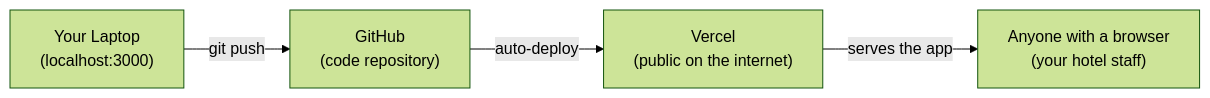
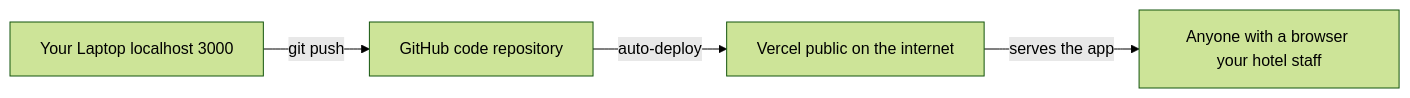
The first of 8 diagrams in learning/06-vercel.md (wongjinar-ai/expample), drawn with Mermaid (forest theme) before and after one commit. The commit also changed other lines of this file and 16 other files, not shown here.

````diff
--- a/learning/06-vercel.md
+++ b/learning/06-vercel.md
@@ -9,11 +9,11 @@
 ```mermaid
-graph LR
-    Local["Your Laptop\n(localhost:3000)"]
-    GitHub["GitHub\n(code repository)"]
-    Vercel["Vercel\n(public on the internet)"]
-    Users["Anyone with a browser\n(your hotel staff)"]
+flowchart LR
+    Local[Your Laptop localhost 3000]
+    GitHub[GitHub code repository]
+    Vercel[Vercel public on the internet]
+    Users[Anyone with a browser your hotel staff]
 
     Local -->|"git push"| GitHub
     GitHub -->|"auto-deploy"| Vercel
     Vercel -->|"serves the app"| Users
 ```
````
